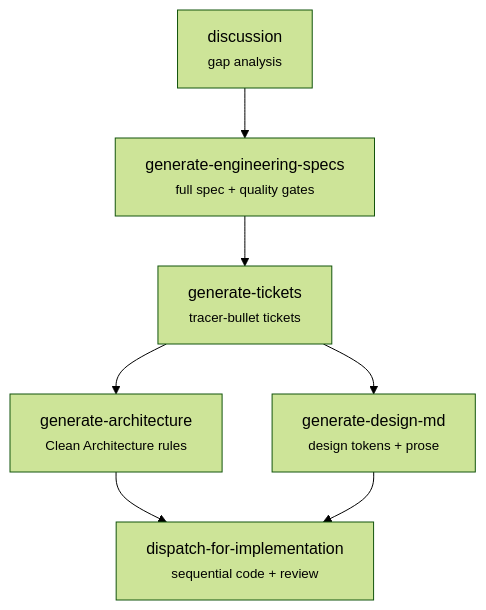
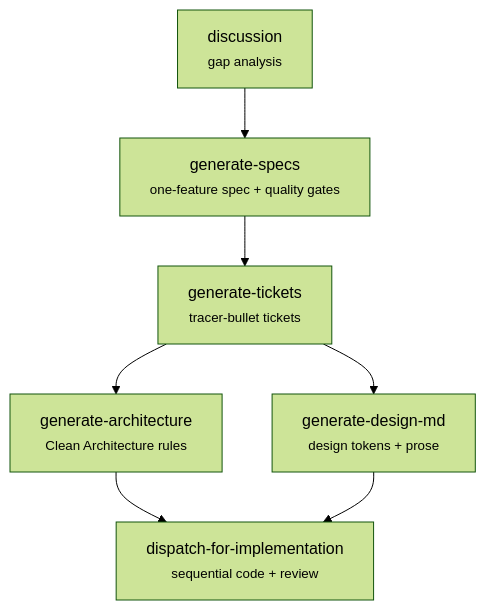
One commit to sanxzy/skills changed the diagram in README.md. Above: the diagram before and after it, drawn with Mermaid (forest theme). The commit also changed other lines of this file and 8 other files, not shown here.

Commit message:
Add generate-specs skill

````diff
--- a/README.md
+++ b/README.md
@@ -20,9 +20,9 @@
 ```mermaid
 flowchart TD
-    discussion["discussion<br/><small>gap analysis</small>"] --> generate-engineering-specs["generate-engineering-specs<br/><small>full spec + quality gates</small>"]
-    generate-engineering-specs --> generate-tickets["generate-tickets<br/><small>tracer-bullet tickets</small>"]
+    discussion["discussion<br/><small>gap analysis</small>"] --> generate-specs["generate-specs<br/><small>one-feature spec + quality gates</small>"]
+    generate-specs --> generate-tickets["generate-tickets<br/><small>tracer-bullet tickets</small>"]
     generate-tickets --> generate-architecture["generate-architecture<br/><small>Clean Architecture rules</small>"]
     generate-tickets --> generate-design-md["generate-design-md<br/><small>design tokens + prose</small>"]
     generate-architecture --> dispatch-for-implementation["dispatch-for-implementation<br/><small>sequential code + review</small>"]
     generate-design-md --> dispatch-for-implementation
 ```
````
